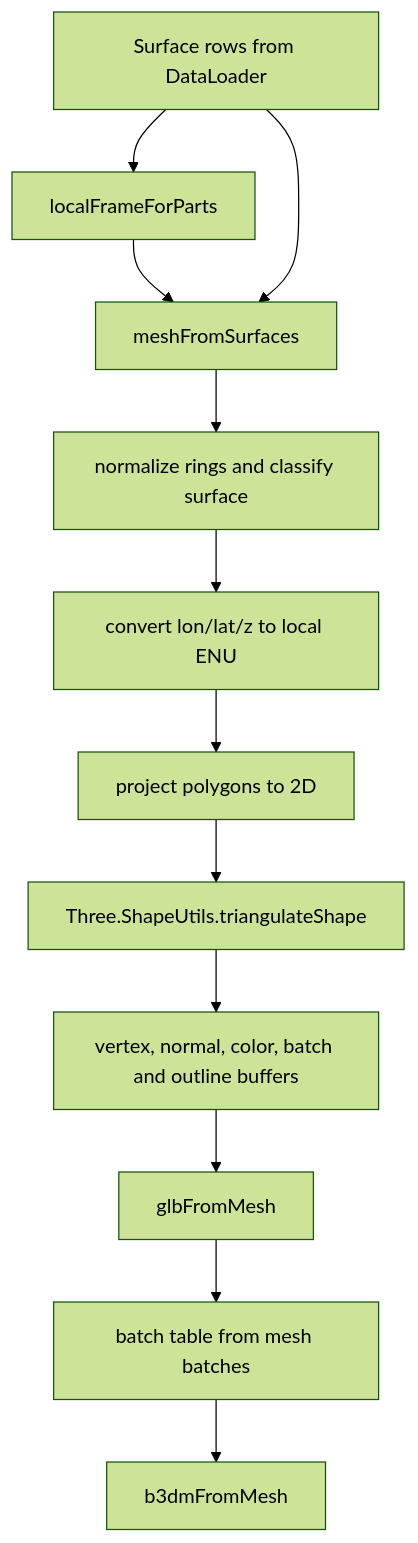
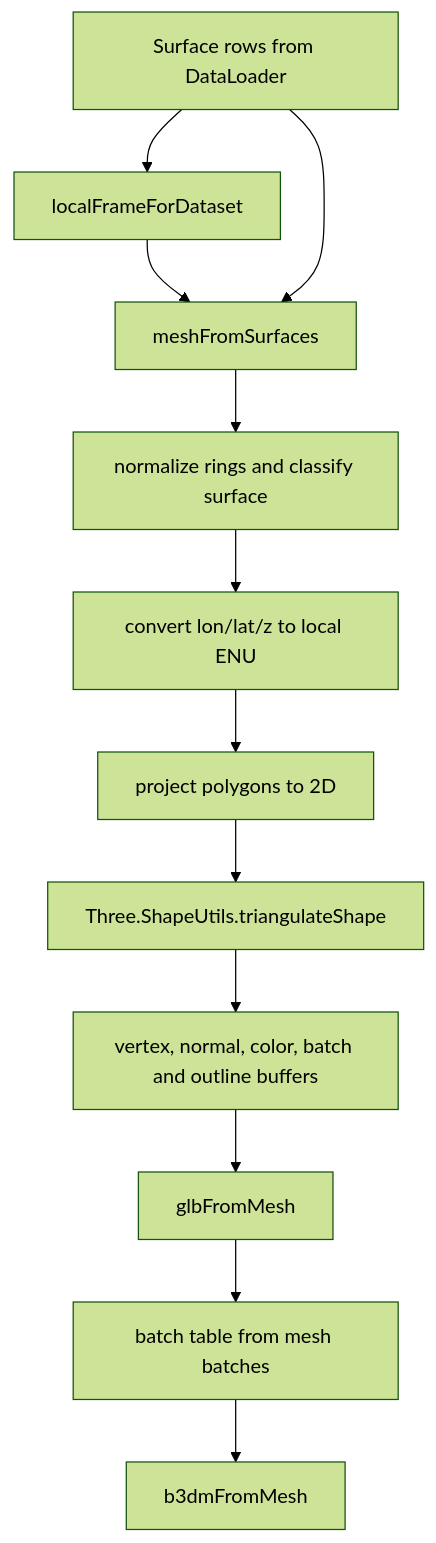
Before and after one commit to AlexisLeite/3ddb: the eighth of 8 diagrams in docs/architecture-diagrams.md, drawn with Mermaid (forest theme). The commit also changed other lines of this file and 38 other files, not shown here.

````diff
--- a/docs/architecture-diagrams.md
+++ b/docs/architecture-diagrams.md
@@ -440,14 +429,14 @@
 ```mermaid
 flowchart TD
-  surfaces[Surface rows from DataLoader] --> frame[localFrameForParts]
+  surfaces[Surface rows from DataLoader] --> frame[localFrameForDataset]
   frame --> mesh[meshFromSurfaces]
   surfaces --> mesh
   mesh --> validate[normalize rings and classify surface]
   validate --> enu[convert lon/lat/z to local ENU]
   enu --> project[project polygons to 2D]
   project --> triangulate[Three.ShapeUtils.triangulateShape]
   triangulate --> buffers[vertex, normal, color, batch and outline buffers]
   buffers --> glb[glbFromMesh]
   glb --> batch[batch table from mesh batches]
   batch --> b3dm[b3dmFromMesh]
 ```
````
